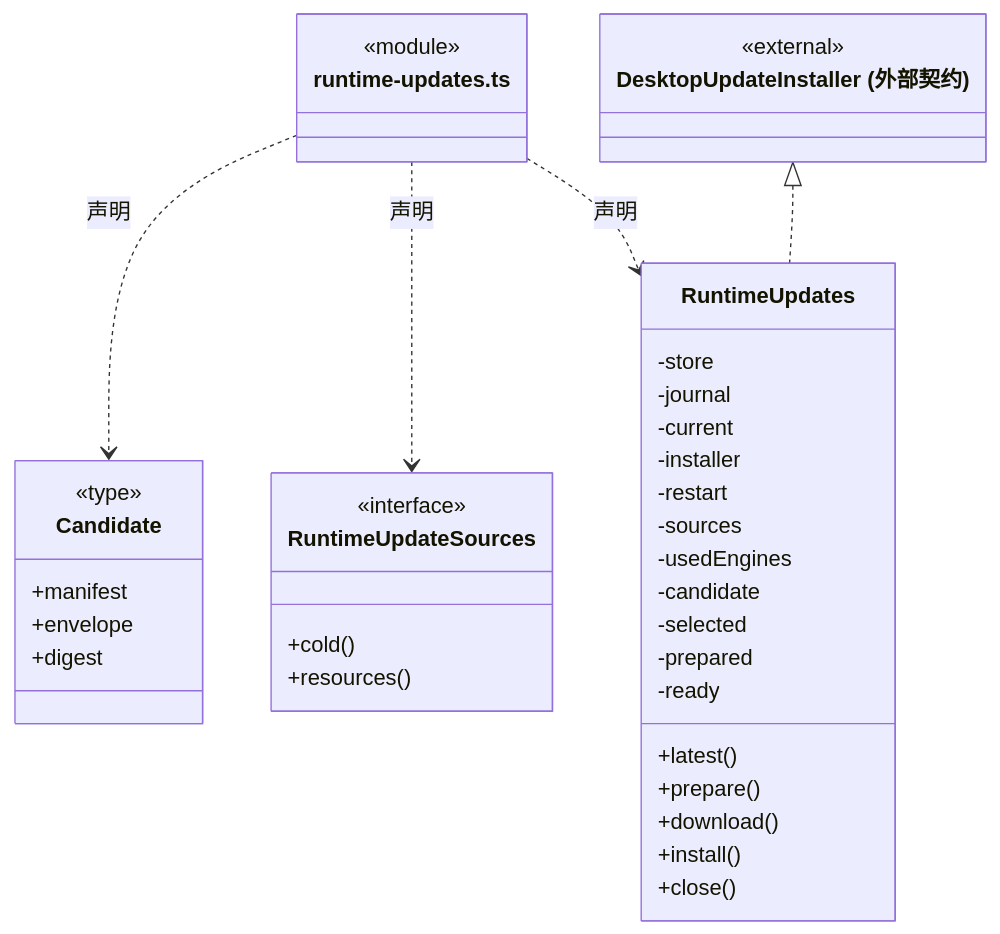
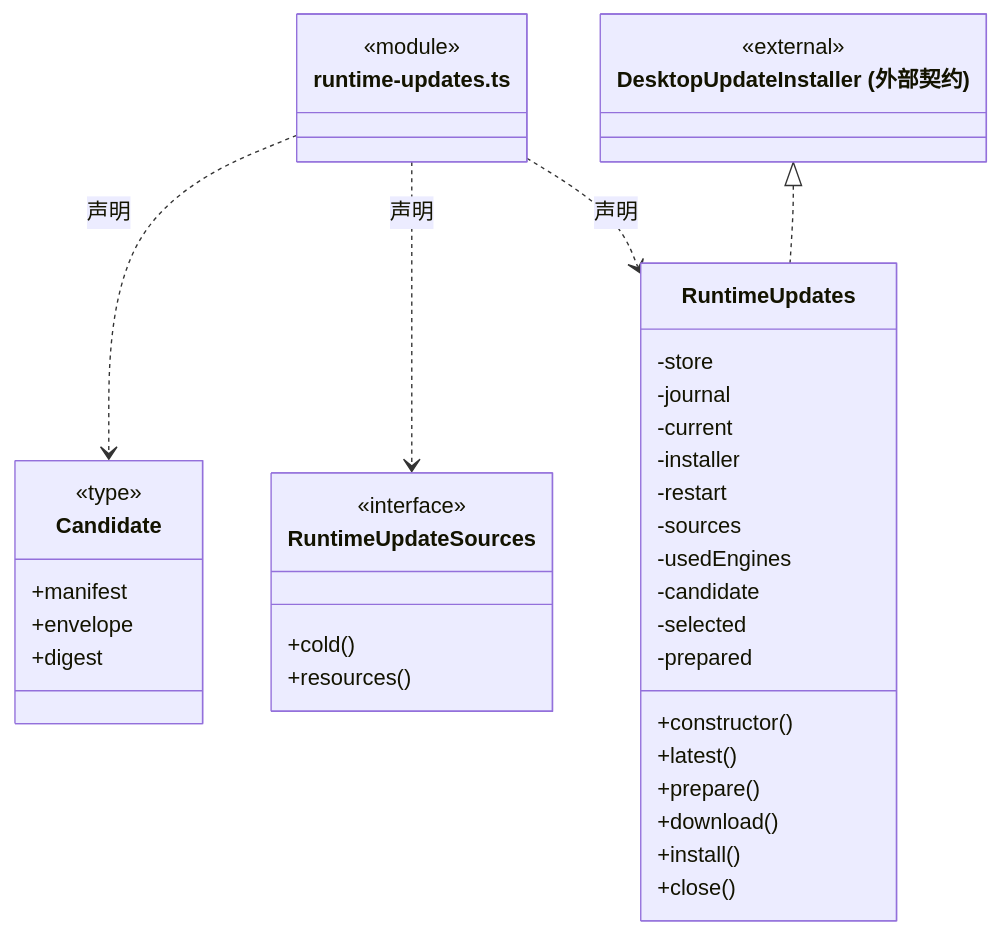
One commit to nan023062/cbim changed diagram 21 of 28 in src/logic/updates/service/ARCHITECTURE.md. Above: the diagram before and after it, drawn with Mermaid. The commit also changed other lines of this file and 139 other files, not shown here.

Commit message:
docs(architecture): add source reading paths and complete file inventories

````diff
--- a/src/logic/updates/service/ARCHITECTURE.md
+++ b/src/logic/updates/service/ARCHITECTURE.md
@@ -449,42 +458,42 @@
 ```mermaid
 classDiagram
 class N_src_logic_updates_service_runtime_updates_ts["runtime-updates.ts"] {
   <<module>>
 }
 class N_src_logic_updates_service_runtime_updates_ts_Candidate["Candidate"] {
   <<type>>
   +manifest
   +envelope
   +digest
 }
 N_src_logic_updates_service_runtime_updates_ts ..> N_src_logic_updates_service_runtime_updates_ts_Candidate : 声明
 class N_src_logic_updates_service_runtime_updates_ts_RuntimeUpdateSources["RuntimeUpdateSources"] {
   <<interface>>
   +cold()
   +resources()
 }
 N_src_logic_updates_service_runtime_updates_ts ..> N_src_logic_updates_service_runtime_updates_ts_RuntimeUpdateSources : 声明
 class N_src_logic_updates_service_runtime_updates_ts_RuntimeUpdates["RuntimeUpdates"] {
+  +constructor()
   +latest()
   +prepare()
   +download()
   +install()
   +close()
   -store
   -journal
   -current
   -installer
   -restart
   -sources
   -usedEngines
   -candidate
   -selected
   -prepared
-  -ready
 }
 N_src_logic_updates_service_runtime_updates_ts ..> N_src_logic_updates_service_runtime_updates_ts_RuntimeUpdates : 声明
 class N_src_logic_updates_service_runtime_updates_ts_external_DesktopUpdateInstaller["DesktopUpdateInstaller (外部契约)"] {
   <<external>>
 }
 N_src_logic_updates_service_runtime_updates_ts_external_DesktopUpdateInstaller <|.. N_src_logic_updates_service_runtime_updates_ts_RuntimeUpdates
 ```
````
